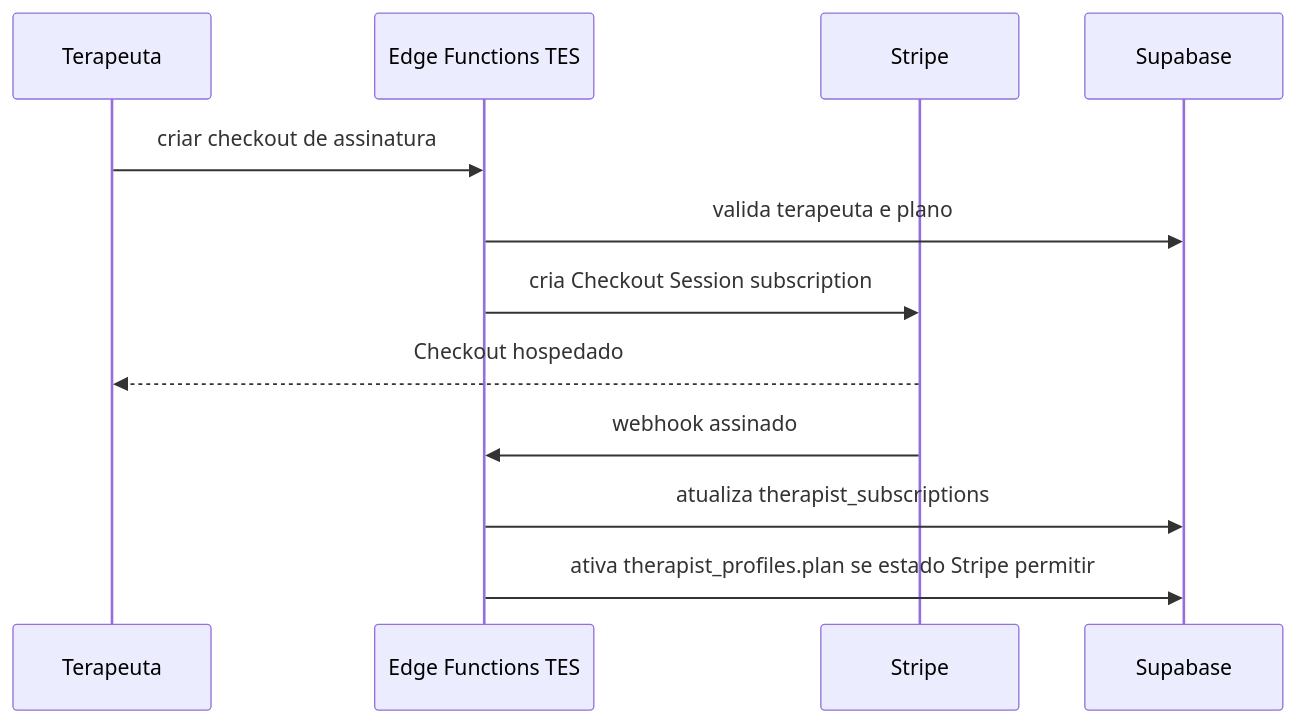
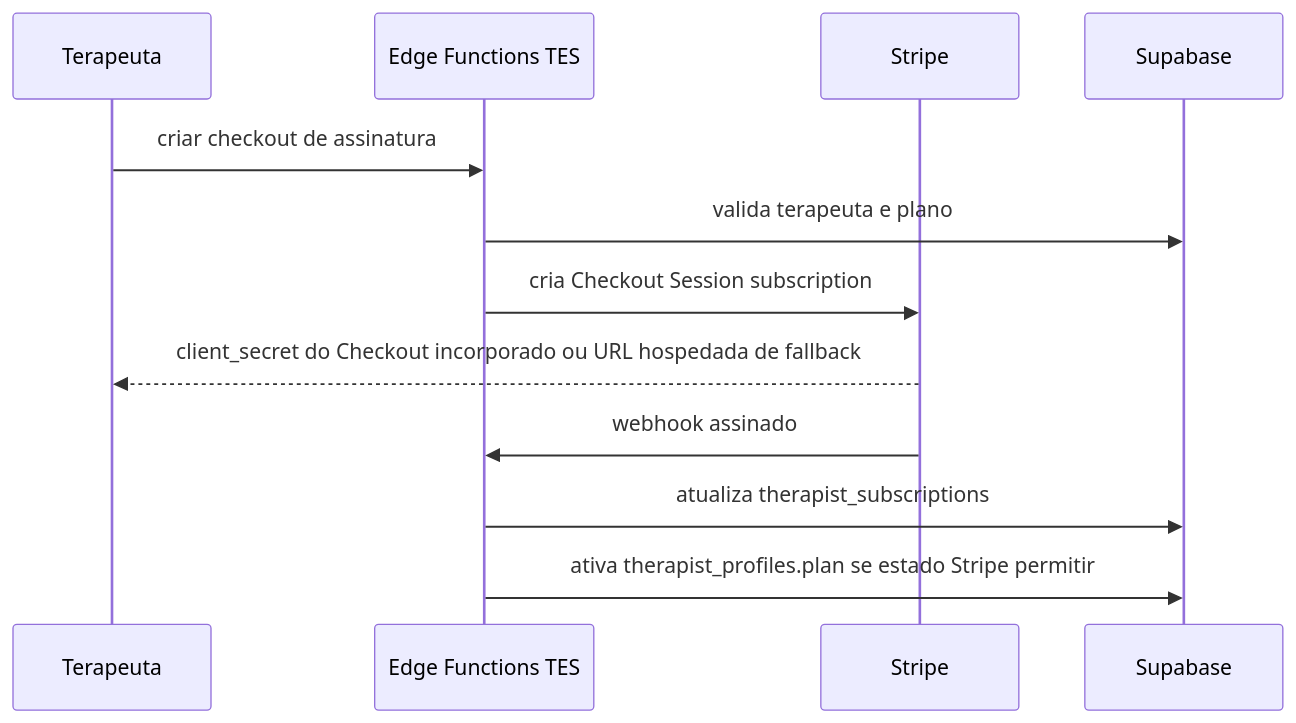
One commit to projetos-eba/terapeuta-eu-sou changed the first of 2 diagrams in docs/payments/architecture.md. Above: the diagram before and after it, drawn with Mermaid. The commit also changed other lines of this file and 16 other files, not shown here.

````diff
--- a/docs/payments/architecture.md
+++ b/docs/payments/architecture.md
@@ -111,15 +113,15 @@
 ```mermaid
 sequenceDiagram
   participant T as Terapeuta
   participant TES as Edge Functions TES
   participant S as Stripe
   participant DB as Supabase
 
   T->>TES: criar checkout de assinatura
   TES->>DB: valida terapeuta e plano
   TES->>S: cria Checkout Session subscription
-  S-->>T: Checkout hospedado
+  S-->>T: client_secret do Checkout incorporado ou URL hospedada de fallback
   S->>TES: webhook assinado
   TES->>DB: atualiza therapist_subscriptions
   TES->>DB: ativa therapist_profiles.plan se estado Stripe permitir
 ```
````
